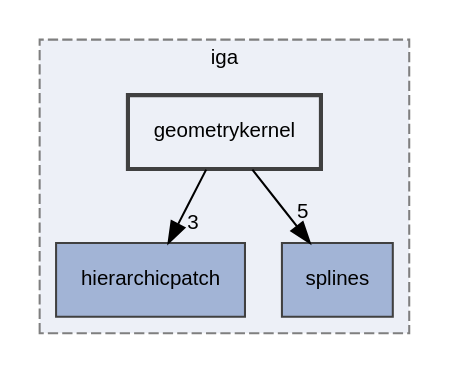
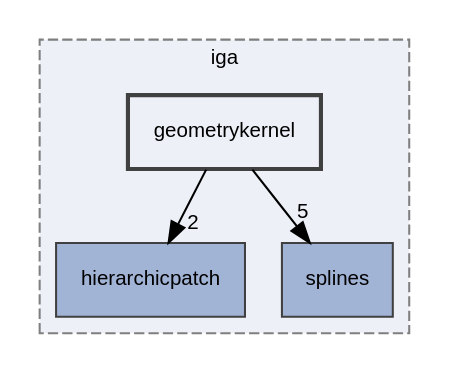
One commit to rath3t/dune-iga-doc changed the diagram in dir_98571e7345f7327fea7723ec1a12d870_dep.dot. Above: the diagram before and after it, drawn with Graphviz. The commit also changed 13 other files, not shown here.

```diff
--- a/dir_98571e7345f7327fea7723ec1a12d870_dep.dot
+++ b/dir_98571e7345f7327fea7723ec1a12d870_dep.dot
@@ -1,15 +1,15 @@
 digraph "geometrykernel"
 {
  // LATEX_PDF_SIZE
   edge [fontname="Helvetica",fontsize="10",labelfontname="Helvetica",labelfontsize="10"];
   node [fontname="Helvetica",fontsize="10",shape=record];
   compound=true
   subgraph clusterdir_d2a3c23294a1b1015b1b8e8721ddded8 {
     graph [ bgcolor="#edf0f7", pencolor="grey50", style="filled,dashed,", label="iga", fontname="Helvetica", fontsize="10", URL="dir_d2a3c23294a1b1015b1b8e8721ddded8.html"]
   dir_12fc9e68aad46ae2d80ba50ef1c96d76 [shape=box, label="hierarchicpatch", style="filled,", fillcolor="#a2b4d6", color="grey25", URL="dir_12fc9e68aad46ae2d80ba50ef1c96d76.html"];
   dir_479b904809ee7734e338128330b60cdb [shape=box, label="splines", style="filled,", fillcolor="#a2b4d6", color="grey25", URL="dir_479b904809ee7734e338128330b60cdb.html"];
   dir_98571e7345f7327fea7723ec1a12d870 [shape=box, label="geometrykernel", style="filled,bold,", fillcolor="#edf0f7", color="grey25", URL="dir_98571e7345f7327fea7723ec1a12d870.html"];
   }
-  dir_98571e7345f7327fea7723ec1a12d870->dir_12fc9e68aad46ae2d80ba50ef1c96d76 [headlabel="3", labeldistance=1.5 headhref="dir_000006_000007.html"];
+  dir_98571e7345f7327fea7723ec1a12d870->dir_12fc9e68aad46ae2d80ba50ef1c96d76 [headlabel="2", labeldistance=1.5 headhref="dir_000006_000007.html"];
   dir_98571e7345f7327fea7723ec1a12d870->dir_479b904809ee7734e338128330b60cdb [headlabel="5", labeldistance=1.5 headhref="dir_000006_000016.html"];
 }
```
